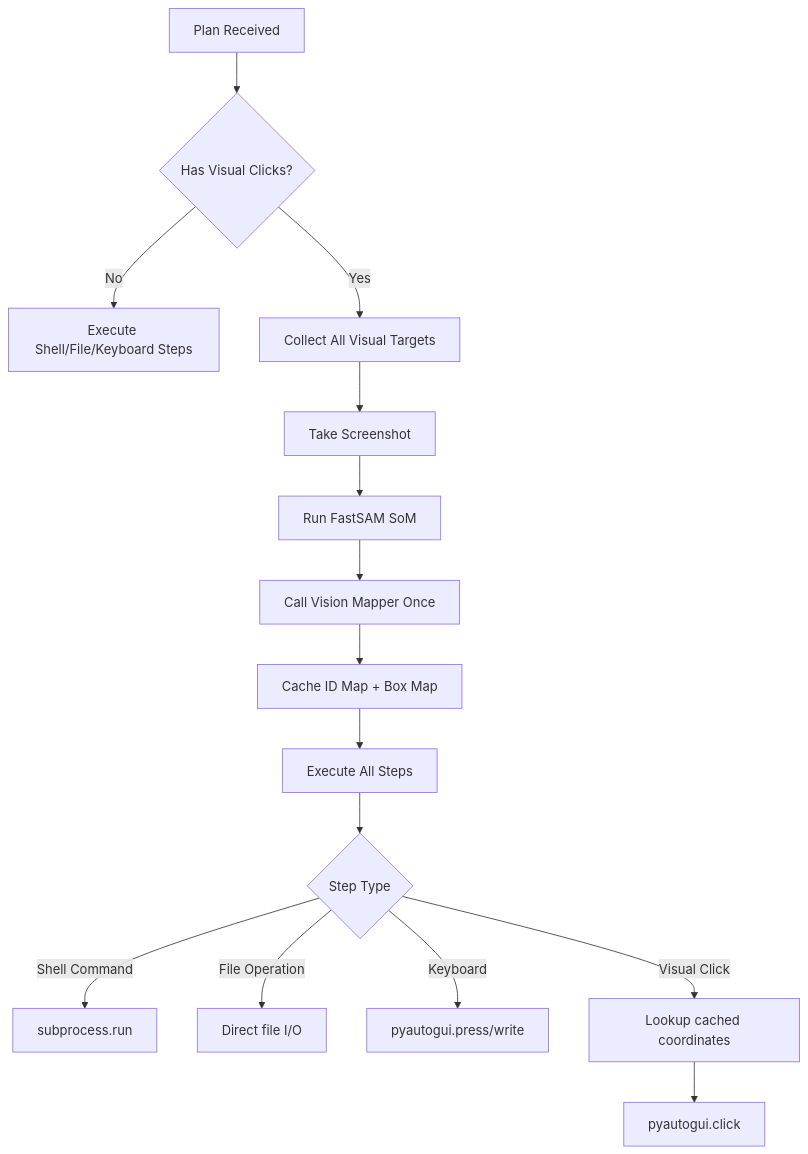
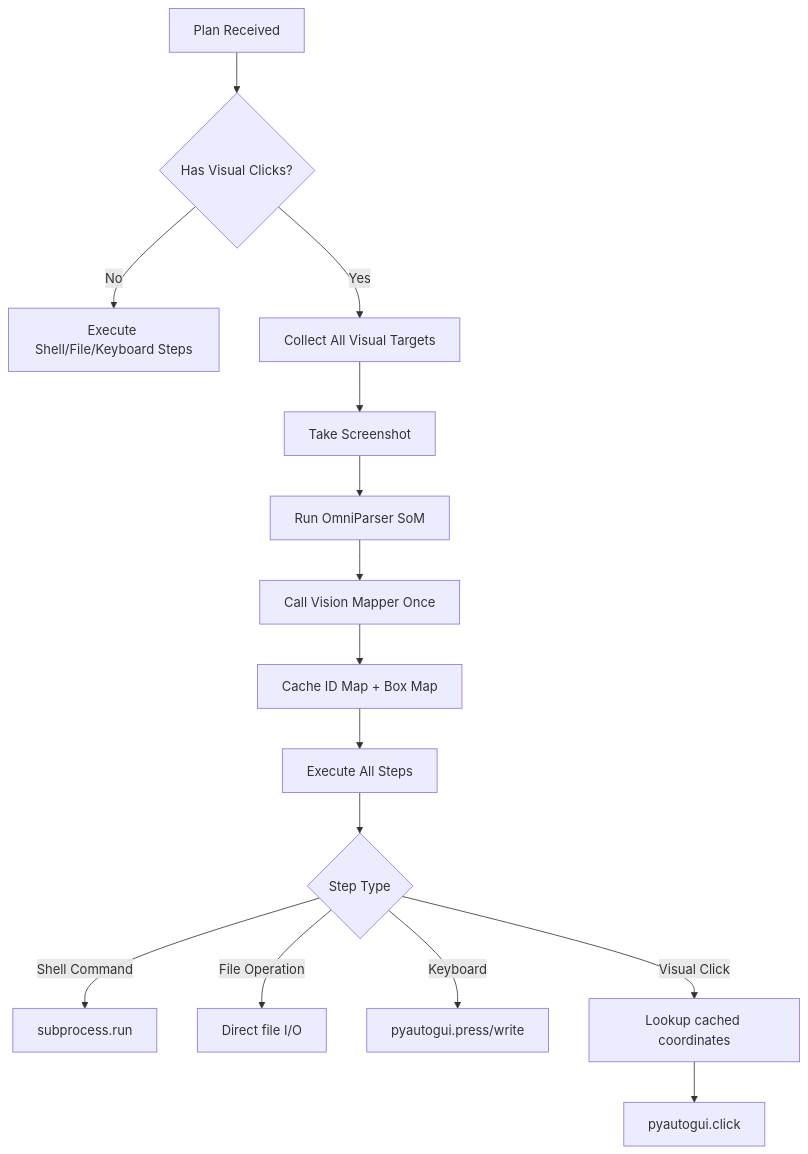
One commit to Bada-Don/Jarvis changed the third of 7 diagrams in README.md. Above: the diagram before and after it, drawn with Mermaid. The commit also changed other lines of this file and 1 other file, not shown here.

Commit message:
OmniParser Updated in README

````diff
--- a/README.md
+++ b/README.md
@@ -140,17 +140,17 @@
 ```mermaid
 flowchart TD
     A[Plan Received] --> B{Has Visual Clicks?}
     B -->|No| C[Execute Shell/File/Keyboard Steps]
     B -->|Yes| D[Collect All Visual Targets]
     D --> E[Take Screenshot]
-    E --> F[Run FastSAM SoM]
+    E --> F[Run OmniParser SoM]
     F --> G[Call Vision Mapper Once]
     G --> H[Cache ID Map + Box Map]
     H --> I[Execute All Steps]
     I --> J{Step Type}
     J -->|Shell Command| K[subprocess.run]
     J -->|File Operation| L[Direct file I/O]
     J -->|Keyboard| M[pyautogui.press/write]
     J -->|Visual Click| N[Lookup cached coordinates]
     N --> O[pyautogui.click]
 ```
````
